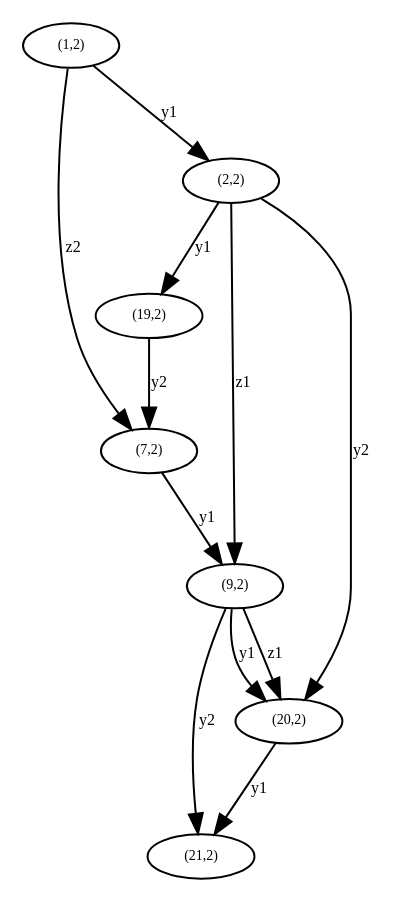
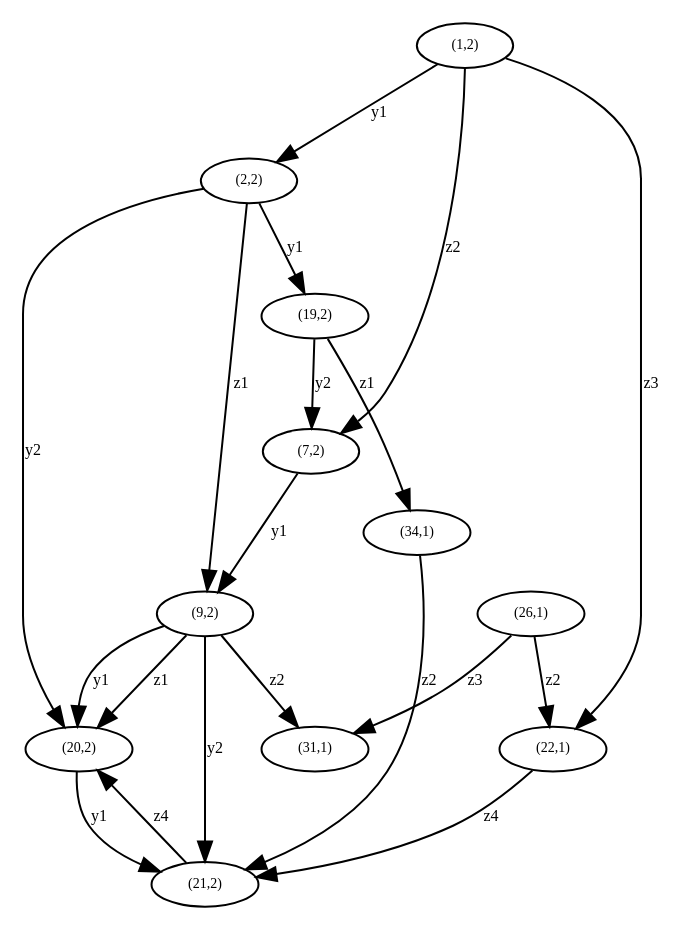
One commit to AndrewDuncan/Doublecoset changed the diagram in python/genfold/alg3_test_D2_2.gv. Above: the diagram before and after it, drawn with Graphviz. The commit also changed 6 other files, not shown here.

```diff
--- a/python/genfold/alg3_test_D2_2.gv
+++ b/python/genfold/alg3_test_D2_2.gv
@@ -1,19 +1,31 @@
 digraph D2_2 {
 "Hv(1,2)" [label="(1,2)",fontsize=7,width=.01,height=.01];
 "Hv(1,2)" -> "Hv(2,2)" [label="y1",fontsize=8];
 "Hv(1,2)" -> "Hv(7,2)" [label="z2",fontsize=8];
+"Hv(1,2)" -> "Hv(22,1)" [label="z3",fontsize=8];
 "Hv(2,2)" [label="(2,2)",fontsize=7,width=.01,height=.01];
 "Hv(2,2)" -> "Hv(20,2)" [label="y2",fontsize=8];
 "Hv(2,2)" -> "Hv(19,2)" [label="y1",fontsize=8];
 "Hv(2,2)" -> "Hv(9,2)" [label="z1",fontsize=8];
 "Hv(7,2)" [label="(7,2)",fontsize=7,width=.01,height=.01];
 "Hv(7,2)" -> "Hv(9,2)" [label="y1",fontsize=8];
 "Hv(9,2)" [label="(9,2)",fontsize=7,width=.01,height=.01];
 "Hv(9,2)" -> "Hv(20,2)" [label="y1",fontsize=8];
 "Hv(9,2)" -> "Hv(21,2)" [label="y2",fontsize=8];
 "Hv(9,2)" -> "Hv(20,2)" [label="z1",fontsize=8];
+"Hv(9,2)" -> "Hv(31,1)" [label="z2",fontsize=8];
 "Hv(19,2)" [label="(19,2)",fontsize=7,width=.01,height=.01];
 "Hv(19,2)" -> "Hv(7,2)" [label="y2",fontsize=8];
+"Hv(19,2)" -> "Hv(34,1)" [label="z1",fontsize=8];
 "Hv(20,2)" [label="(20,2)",fontsize=7,width=.01,height=.01];
 "Hv(20,2)" -> "Hv(21,2)" [label="y1",fontsize=8];
-"Hv(21,2)" [label="(21,2)",fontsize=7,width=.01,height=.01];}
+"Hv(21,2)" [label="(21,2)",fontsize=7,width=.01,height=.01];
+"Hv(21,2)" -> "Hv(20,2)" [label="z4",fontsize=8];
+"Hv(22,1)" [label="(22,1)",fontsize=7,width=.01,height=.01];
+"Hv(22,1)" -> "Hv(21,2)" [label="z4",fontsize=8];
+"Hv(26,1)" [label="(26,1)",fontsize=7,width=.01,height=.01];
+"Hv(26,1)" -> "Hv(22,1)" [label="z2",fontsize=8];
+"Hv(26,1)" -> "Hv(31,1)" [label="z3",fontsize=8];
+"Hv(31,1)" [label="(31,1)",fontsize=7,width=.01,height=.01];
+"Hv(34,1)" [label="(34,1)",fontsize=7,width=.01,height=.01];
+"Hv(34,1)" -> "Hv(21,2)" [label="z2",fontsize=8];}
```
